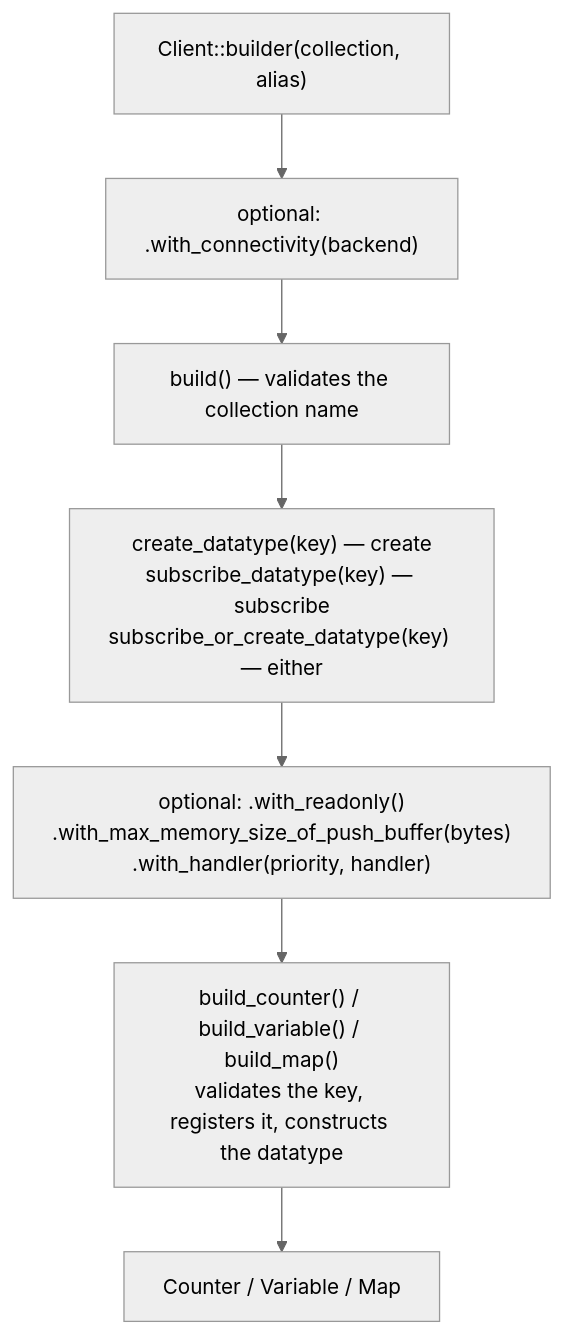
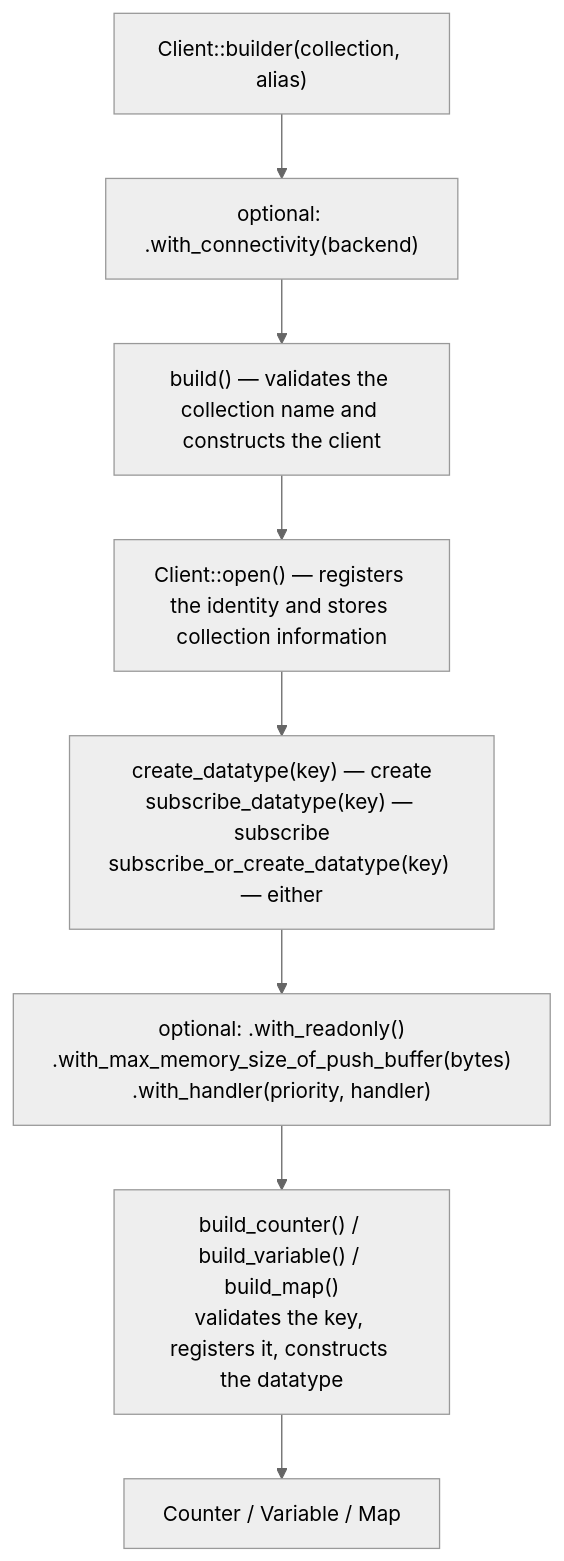
One commit to qortoo/qortoo-rs changed the diagram in docs/client-and-datatype-builder.md. Above: the diagram before and after it, drawn with Mermaid (neutral theme). The commit also changed other lines of this file and 49 other files, not shown here.

Commit message:
🧬feat(clients): open clients with collection policy

````diff
--- a/docs/client-and-datatype-builder.md
+++ b/docs/client-and-datatype-builder.md
@@ -23,12 +23,13 @@
 ```mermaid
 flowchart TD
     CB["Client::builder(collection, alias)"]
     WC["optional: .with_connectivity(backend)"]
-    B["build() — validates the collection name"]
+    B["build() — validates the collection name and constructs the client"]
+    O["Client::open() — registers the identity and stores collection information"]
     INTENT["create_datatype(key) — create<br/>subscribe_datatype(key) — subscribe<br/>subscribe_or_create_datatype(key) — either"]
     OPT["optional: .with_readonly()<br/>.with_max_memory_size_of_push_buffer(bytes)<br/>.with_handler(priority, handler)"]
     TERM["build_counter() / build_variable() / build_map()<br/>validates the key, registers it, constructs the datatype"]
     DT["Counter / Variable / Map"]
 
-    CB --> WC --> B --> INTENT --> OPT --> TERM --> DT
+    CB --> WC --> B --> O --> INTENT --> OPT --> TERM --> DT
 ```
````
